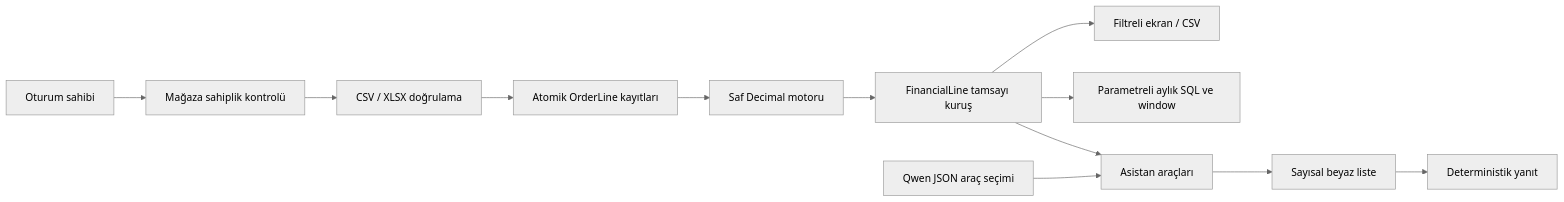
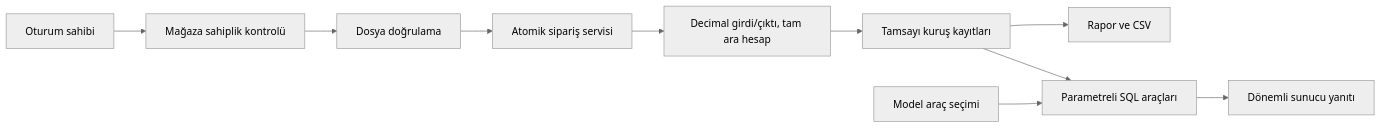
One commit to nowackk-cp/karkontrol changed the diagram in docs/MIMARI.md. Above: the diagram before and after it, drawn with Mermaid (neutral theme). The commit also changed other lines of this file and 152 other files, not shown here.

````diff
--- a/docs/MIMARI.md
+++ b/docs/MIMARI.md
@@ -3,14 +3,12 @@
 ```mermaid
 flowchart LR
-    A[Oturum sahibi] --> B[Mağaza sahiplik kontrolü]
-    B --> C[CSV / XLSX doğrulama]
-    C --> D[Atomik OrderLine kayıtları]
-    D --> E[Saf Decimal motoru]
-    E --> F[FinancialLine tamsayı kuruş]
-    F --> G[Filtreli ekran / CSV]
-    F --> H[Parametreli aylık SQL ve window]
-    F --> I[Asistan araçları]
-    L[Qwen JSON araç seçimi] --> I
-    I --> J[Sayısal beyaz liste]
-    J --> K[Deterministik yanıt]
+ A[Oturum sahibi] --> B[Mağaza sahiplik kontrolü]
+ B --> C[Dosya doğrulama]
+ C --> D[Atomik sipariş servisi]
+ D --> E[Decimal girdi/çıktı, tam ara hesap]
+ E --> F[Tamsayı kuruş kayıtları]
+ F --> G[Rapor ve CSV]
+ F --> H[Parametreli SQL araçları]
+ I[Model araç seçimi] --> H
+ H --> J[Dönemli sunucu yanıtı]
 ```
````
